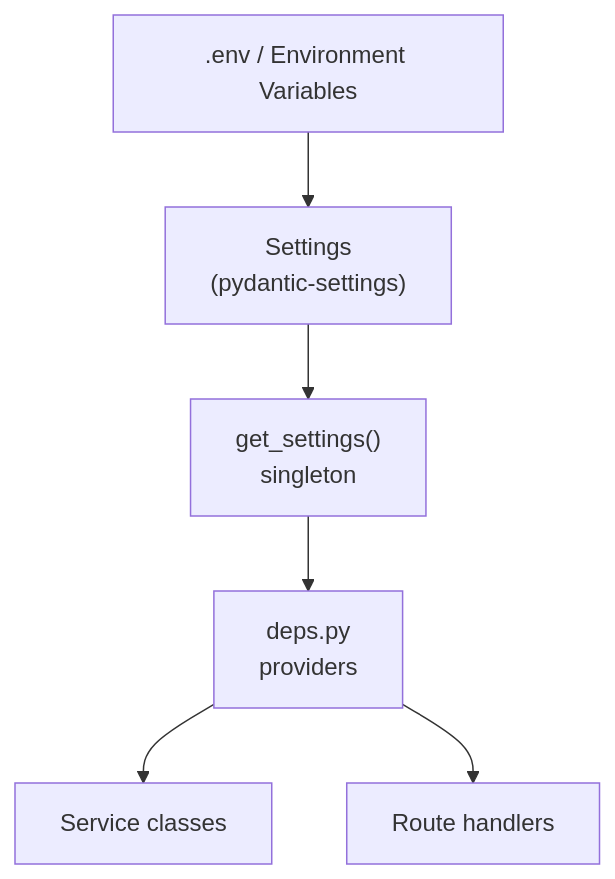
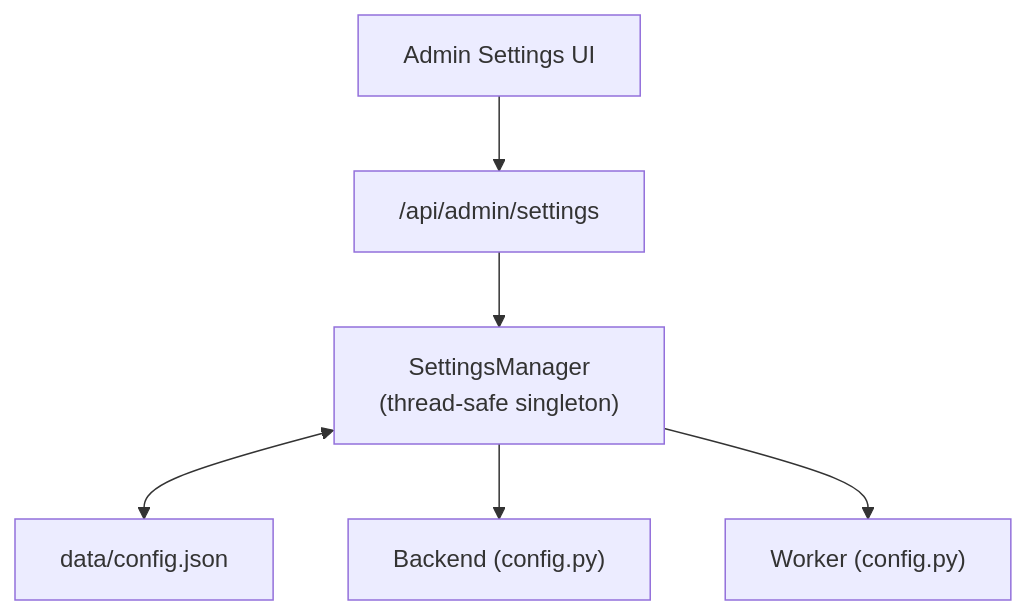
Before and after one commit to XUranus/ibkr-dash: the diagram in docs/docs/backend/config.md, drawn with Mermaid. The commit also changed other lines of this file and 152 other files, not shown here.

First line of the commit message:
chore: remove .env system, migrate docs to JSON config

````diff
--- a/docs/docs/backend/config.md
+++ b/docs/docs/backend/config.md
@@ -155,15 +13,15 @@
 ```mermaid
 flowchart TD
-    ENV[".env / Environment Variables"]
-    Settings["Settings<br/>(pydantic-settings)"]
-    get_settings["get_settings()<br/>singleton"]
-    deps["deps.py<br/>providers"]
-    Services["Service classes"]
-    Routes["Route handlers"]
+    UI["Admin Settings UI"]
+    API["/api/admin/settings"]
+    SM["SettingsManager<br/>(thread-safe singleton)"]
+    JSON["data/config.json"]
+    Backend["Backend (config.py)"]
+    Worker["Worker (config.py)"]
 
-    ENV --> Settings
-    Settings --> get_settings
-    get_settings --> deps
-    deps --> Services
-    deps --> Routes
+    UI --> API
+    API --> SM
+    SM <--> JSON
+    SM --> Backend
+    SM --> Worker
 ```
````
